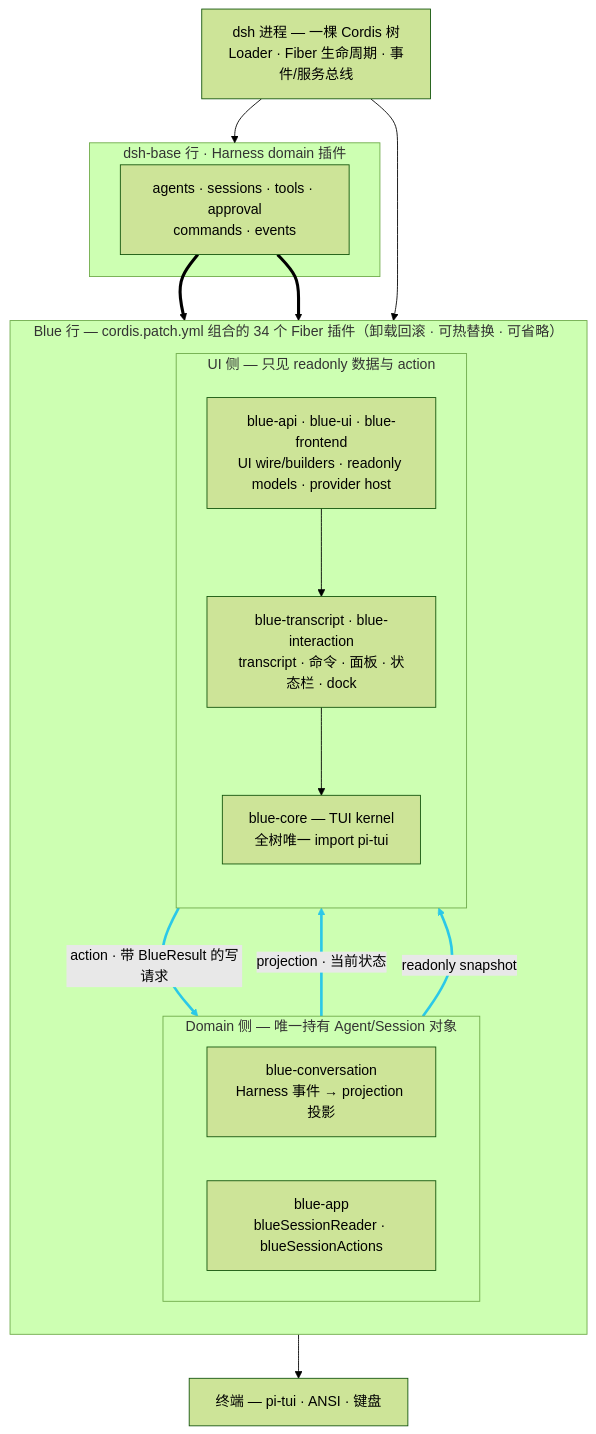
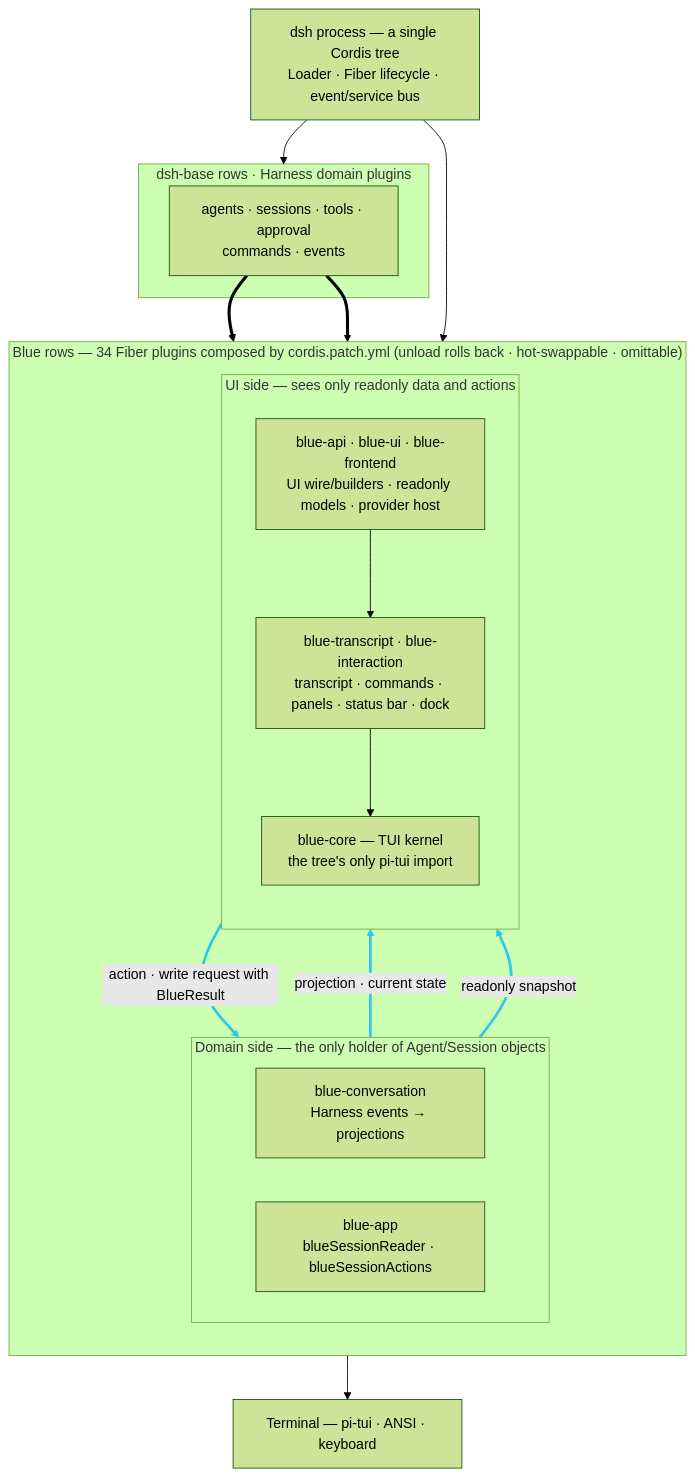
The diagram in README.md (dsh-blue/blue), drawn with Mermaid (forest theme) before and after one commit. The commit also changed other lines of this file and 5 other files, not shown here.

First line of the commit message:
docs: split the blue-layers diagram into per-language sources

````diff
--- a/README.md
+++ b/README.md
@@ -58,38 +58,38 @@
 ```mermaid
 flowchart TB
-    ROOT["dsh 进程 — 一棵 Cordis 树<br/>Loader · Fiber 生命周期 · 事件/服务总线"]
+    ROOT["dsh process — a single Cordis tree<br/>Loader · Fiber lifecycle · event/service bus"]
 
-    subgraph BASE["dsh-base 行 · Harness domain 插件"]
+    subgraph BASE["dsh-base rows · Harness domain plugins"]
         HAR["agents · sessions · tools · approval<br/>commands · events"]
     end
 
-    subgraph BLUE["Blue 行 — cordis.patch.yml 组合的 34 个 Fiber 插件（卸载回滚 · 可热替换 · 可省略）"]
+    subgraph BLUE["Blue rows — 34 Fiber plugins composed by cordis.patch.yml (unload rolls back · hot-swappable · omittable)"]
         direction TB
-        subgraph DOM["Domain 侧 — 唯一持有 Agent/Session 对象"]
+        subgraph DOM["Domain side — the only holder of Agent/Session objects"]
             direction LR
-            CONV["blue-conversation<br/>Harness 事件 → projection 投影"]
+            CONV["blue-conversation<br/>Harness events → projections"]
             APP["blue-app<br/>blueSessionReader · blueSessionActions"]
         end
-        subgraph UI["UI 侧 — 只见 readonly 数据与 action"]
+        subgraph UI["UI side — sees only readonly data and actions"]
             direction TB
             FE["blue-api · blue-ui · blue-frontend<br/>UI wire/builders · readonly models · provider host"]
-            ADP["blue-transcript · blue-interaction<br/>transcript · 命令 · 面板 · 状态栏 · dock"]
-            KRN["blue-core — TUI kernel<br/>全树唯一 import pi-tui"]
+            ADP["blue-transcript · blue-interaction<br/>transcript · commands · panels · status bar · dock"]
+            KRN["blue-core — TUI kernel<br/>the tree's only pi-tui import"]
             FE --> ADP
             ADP --> KRN
         end
-        CONV -- "projection · 当前状态" --> FE
+        CONV -- "projection · current state" --> FE
         APP -- "readonly snapshot" --> FE
-        UI -- "action · 带 BlueResult 的写请求" --> DOM
+        UI -- "action · write request with BlueResult" --> DOM
     end
 
-    TERM["终端 — pi-tui · ANSI · 键盘"]
+    TERM["Terminal — pi-tui · ANSI · keyboard"]
 
     ROOT --> BASE
     ROOT --> BLUE
     HAR ==> CONV
     HAR ==> APP
     KRN --> TERM
 
     linkStyle 2,3,4 stroke:#2bc8e8,stroke-width:3px
 ```
````
